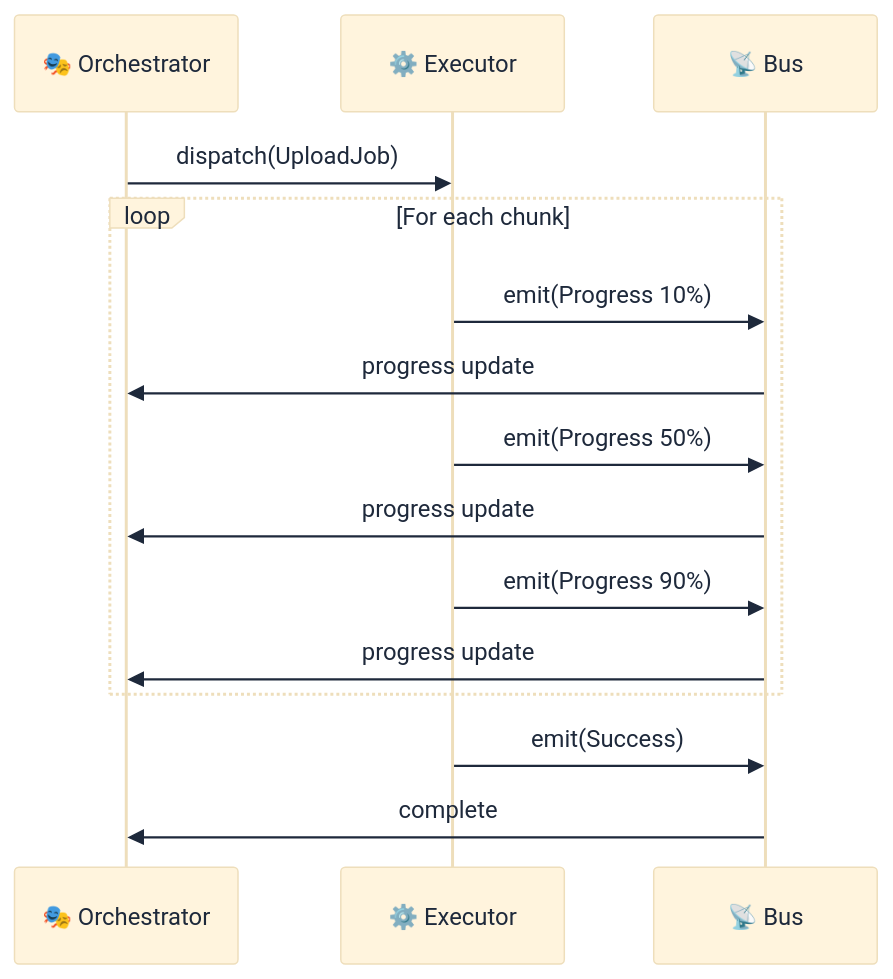
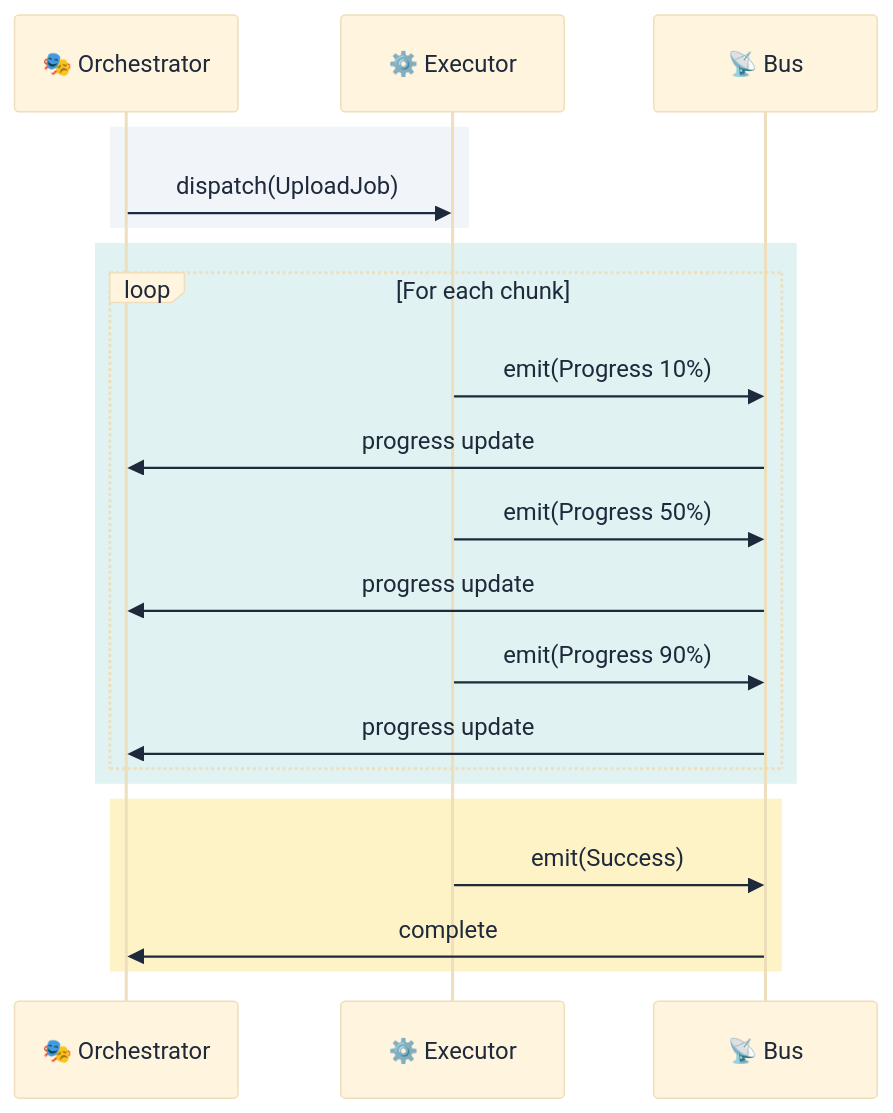
The eighth of 16 diagrams in book/chapters/05_advanced_patterns.md (lploc94/flutter_orchestrator), drawn with Mermaid before and after one commit. The commit also changed other lines of this file and 1 other file, not shown here.

````diff
--- a/book/chapters/05_advanced_patterns.md
+++ b/book/chapters/05_advanced_patterns.md
@@ -217,21 +233,27 @@
 ```mermaid
 %%{init: {'theme': 'base', 'themeVariables': { 'primaryTextColor': '#1e293b', 'noteTextColor': '#1e293b', 'actorTextColor': '#1e293b' }}}%%
 sequenceDiagram
     participant Orch as 🎭 Orchestrator
     participant Exec as ⚙️ Executor
     participant Bus as 📡 Bus
     
-    Orch->>Exec: dispatch(UploadJob)
-    
-    loop For each chunk
-        Exec->>Bus: emit(Progress 10%)
-        Bus->>Orch: progress update
-        Exec->>Bus: emit(Progress 50%)
-        Bus->>Orch: progress update
-        Exec->>Bus: emit(Progress 90%)
-        Bus->>Orch: progress update
+    rect rgb(241, 245, 249)
+        Orch->>Exec: dispatch(UploadJob)
     end
     
-    Exec->>Bus: emit(Success)
-    Bus->>Orch: complete
+    rect rgb(224, 242, 241)
+        loop For each chunk
+            Exec->>Bus: emit(Progress 10%)
+            Bus->>Orch: progress update
+            Exec->>Bus: emit(Progress 50%)
+            Bus->>Orch: progress update
+            Exec->>Bus: emit(Progress 90%)
+            Bus->>Orch: progress update
+        end
+    end
+    
+    rect rgb(254, 243, 199)
+        Exec->>Bus: emit(Success)
+        Bus->>Orch: complete
+    end
 ```
````
